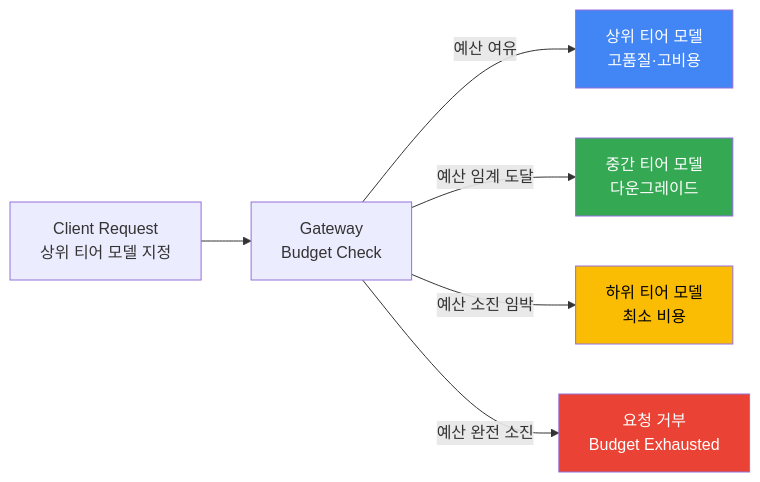
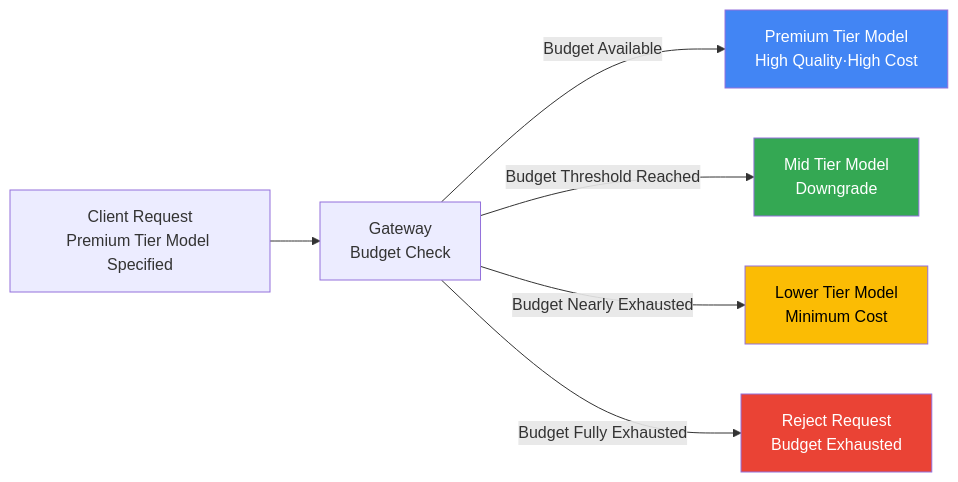
Before and after one commit to devfloor9/engineering-playbook: the third of 3 diagrams in docs/agentic-ai-platform/operations-mlops/governance/llm-finops-chargeback.md, drawn with Mermaid. The commit also changed other lines of this file and 954 other files, not shown here.

````diff
--- a/docs/agentic-ai-platform/operations-mlops/governance/llm-finops-chargeback.md
+++ b/docs/agentic-ai-platform/operations-mlops/governance/llm-finops-chargeback.md
@@ -296,14 +296,14 @@
 ```mermaid
 flowchart LR
-    REQ[Client Request<br/>상위 티어 모델 지정] --> GATEWAY[Gateway<br/>Budget Check]
+    REQ[Client Request<br/>Premium Tier Model Specified] --> GATEWAY[Gateway<br/>Budget Check]
 
-    GATEWAY -->|예산 여유| TIER1[상위 티어 모델<br/>고품질·고비용]
-    GATEWAY -->|예산 임계 도달| TIER2[중간 티어 모델<br/>다운그레이드]
-    GATEWAY -->|예산 소진 임박| TIER3[하위 티어 모델<br/>최소 비용]
-    GATEWAY -->|예산 완전 소진| BLOCK[요청 거부<br/>Budget Exhausted]
+    GATEWAY -->|Budget Available| TIER1[Premium Tier Model<br/>High Quality·High Cost]
+    GATEWAY -->|Budget Threshold Reached| TIER2[Mid Tier Model<br/>Downgrade]
+    GATEWAY -->|Budget Nearly Exhausted| TIER3[Lower Tier Model<br/>Minimum Cost]
+    GATEWAY -->|Budget Fully Exhausted| BLOCK[Reject Request<br/>Budget Exhausted]
 
     style TIER1 fill:#4285f4,color:#fff
     style TIER2 fill:#34a853,color:#fff
     style TIER3 fill:#fbbc04,color:#000
     style BLOCK fill:#ea4335,color:#fff
 ```
````
